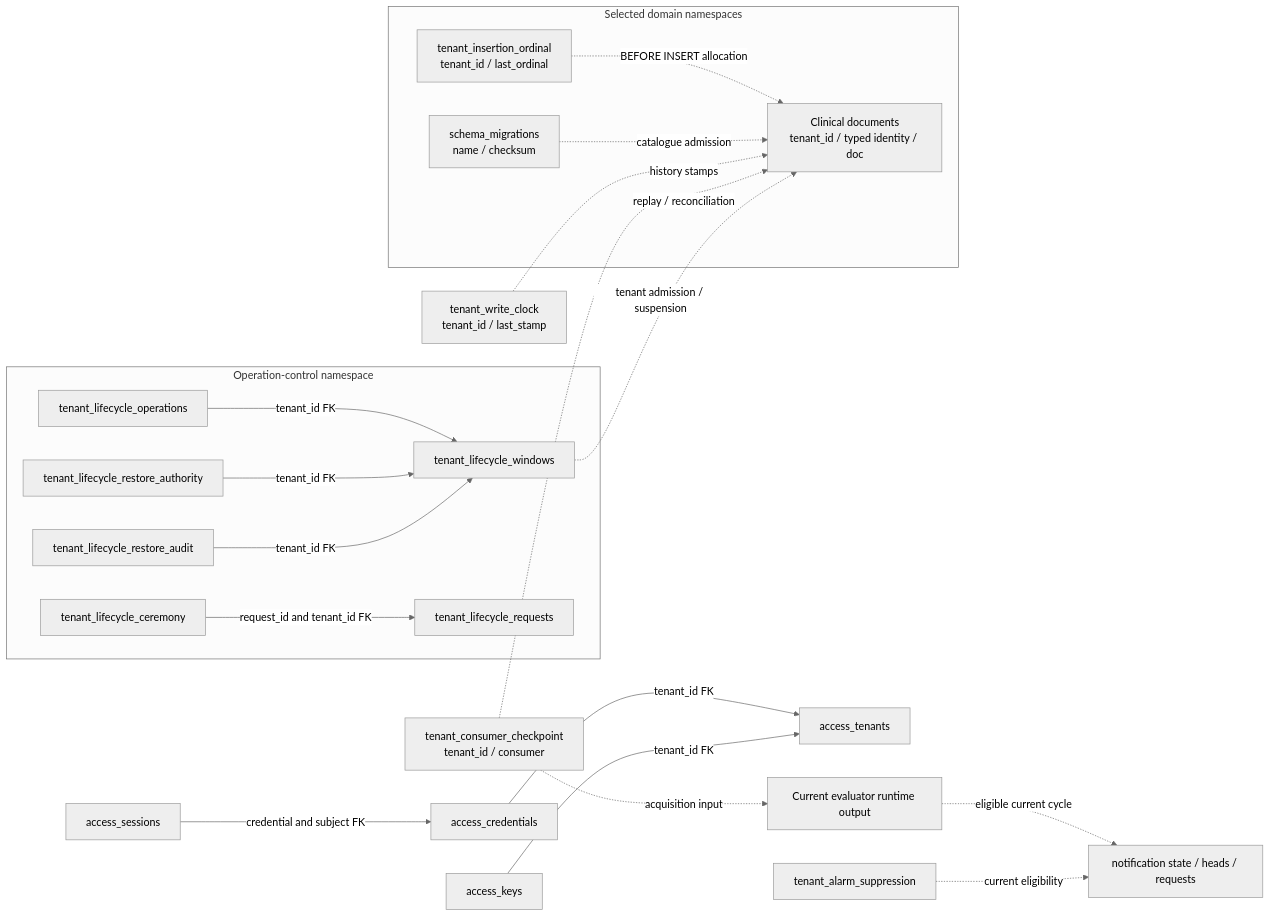
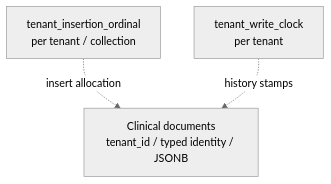
Before and after one commit to bewest/rag-nightscout-ecosystem-alignment: the third of 8 diagrams in docs/30-design/tenancy/sql-and-migration-architecture.md, drawn with Mermaid (neutral theme). The commit also changed other lines of this file and 1 other file, not shown here.

````diff
--- a/docs/30-design/tenancy/sql-and-migration-architecture.md
+++ b/docs/30-design/tenancy/sql-and-migration-architecture.md
@@ -177,29 +189,5 @@
 ```mermaid
-flowchart LR
-  subgraph domains[Selected domain namespaces]
-    doc["Clinical documents<br/>tenant_id / typed identity / doc"]
-    ordinal["tenant_insertion_ordinal<br/>tenant_id / last_ordinal"]
-    ledger["schema_migrations<br/>name / checksum"]
-    ordinal -. "BEFORE INSERT allocation" .-> doc
-    ledger -. "catalogue admission" .-> doc
-  end
-  clock["tenant_write_clock<br/>tenant_id / last_stamp"] -. "history stamps" .-> doc
-  checkpoint["tenant_consumer_checkpoint<br/>tenant_id / consumer"] -. "replay / reconciliation" .-> doc
-  checkpoint -. "acquisition input" .-> evaluated["Current evaluator runtime output"]
-  evaluated -. "eligible current cycle" .-> producer["notification state / heads / requests"]
-  suppression["tenant_alarm_suppression"] -. "current eligibility" .-> producer
-  subgraph control[Operation-control namespace]
-    window[tenant_lifecycle_windows]
-    operation[tenant_lifecycle_operations]
-    authority[tenant_lifecycle_restore_authority]
-    audit[tenant_lifecycle_restore_audit]
-    operation -->|tenant_id FK| window
-    authority -->|tenant_id FK| window
-    audit -->|tenant_id FK| window
-    ceremony[tenant_lifecycle_ceremony] -->|request_id and tenant_id FK| request[tenant_lifecycle_requests]
-  end
-  window -. "tenant admission / suspension" .-> doc
-  access[access_sessions] -->|credential and subject FK| credential[access_credentials]
-  credential -->|tenant_id FK| tenant[access_tenants]
-  keys[access_keys] -->|tenant_id FK| tenant
+flowchart TB
+  ordinal["tenant_insertion_ordinal<br/>per tenant / collection"] -. "insert allocation" .-> doc["Clinical documents<br/>tenant_id / typed identity / JSONB"]
+  clock["tenant_write_clock<br/>per tenant"] -. "history stamps" .-> doc
 ```
````
